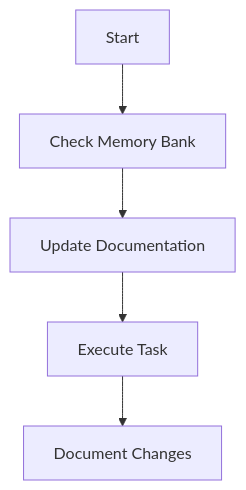
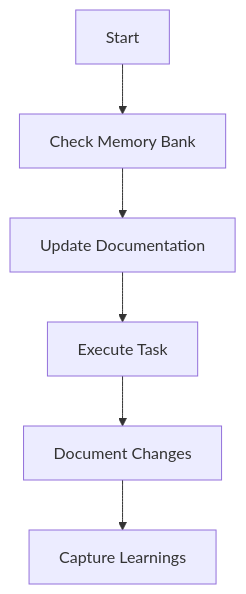
The third of 4 diagrams in .clinerules/memory-bank.md (finleysg/bhmc-admin), drawn with Mermaid before and after one commit. The commit also changed other lines of this file and 7 other files, not shown here.

````diff
--- a/.clinerules/memory-bank.md
+++ b/.clinerules/memory-bank.md
@@ -121,7 +121,8 @@
 ```mermaid
 flowchart TD
     Start[Start] --> Context[Check Memory Bank]
     Context --> Update[Update Documentation]
     Update --> Execute[Execute Task]
     Execute --> Document[Document Changes]
+    Document --> Capture[Capture Learnings]
 ```
````
